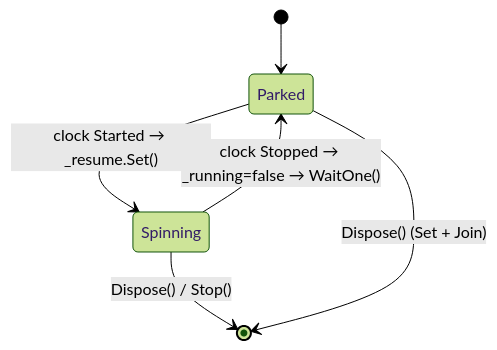
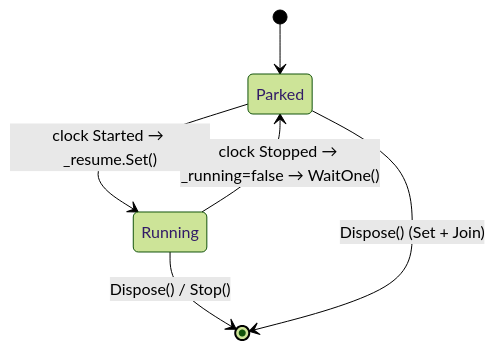
The third of 6 diagrams in public/content/simsites-and-actors.md (SimulaSharp-org/simulasharp-docs), drawn with Mermaid (forest theme) before and after one commit. The commit also changed other lines of this file and 5 other files, not shown here.

First line of the commit message:
Wake idle SimSites from the clock instead of busy-spinning

````diff
--- a/public/content/simsites-and-actors.md
+++ b/public/content/simsites-and-actors.md
@@ -99,8 +108,8 @@
 ```mermaid
 stateDiagram-v2
   [*] --> Parked
-  Parked --> Spinning: clock Started → _resume.Set()
-  Spinning --> Parked: clock Stopped → _running=false → WaitOne()
-  Spinning --> [*]: Dispose() / Stop()
+  Parked --> Running: clock Started → _resume.Set()
+  Running --> Parked: clock Stopped → _running=false → WaitOne()
+  Running --> [*]: Dispose() / Stop()
   Parked --> [*]: Dispose() (Set + Join)
 ```
````
